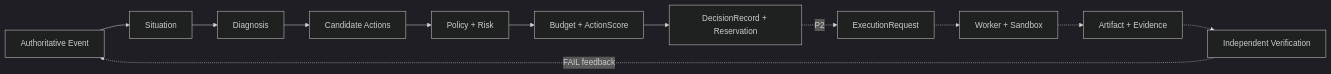
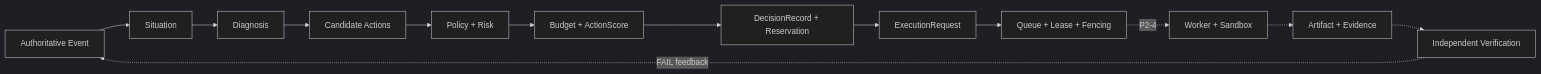
One commit to yanzhao77/Proteus changed the diagram in README.md. Above: the diagram before and after it, drawn with Mermaid (dark theme). The commit also changed other lines of this file and 46 other files, not shown here.

````diff
--- a/README.md
+++ b/README.md
@@ -32,14 +32,15 @@
 ```mermaid
 flowchart LR
     E["Authoritative Event"] --> S["Situation"]
     S --> D["Diagnosis"]
     D --> P["Candidate Actions"]
     P --> C["Policy + Risk"]
     C --> B["Budget + ActionScore"]
     B --> R["DecisionRecord + Reservation"]
-    R -. "P2" .-> X["ExecutionRequest"]
-    X -.-> W["Worker + Sandbox"]
+    R --> X["ExecutionRequest"]
+    X --> L["Queue + Lease + Fencing"]
+    L -. "P2-4" .-> W["Worker + Sandbox"]
     W -.-> A["Artifact + Evidence"]
     A -.-> V["Independent Verification"]
     V -. "FAIL feedback" .-> E
 ```
````
